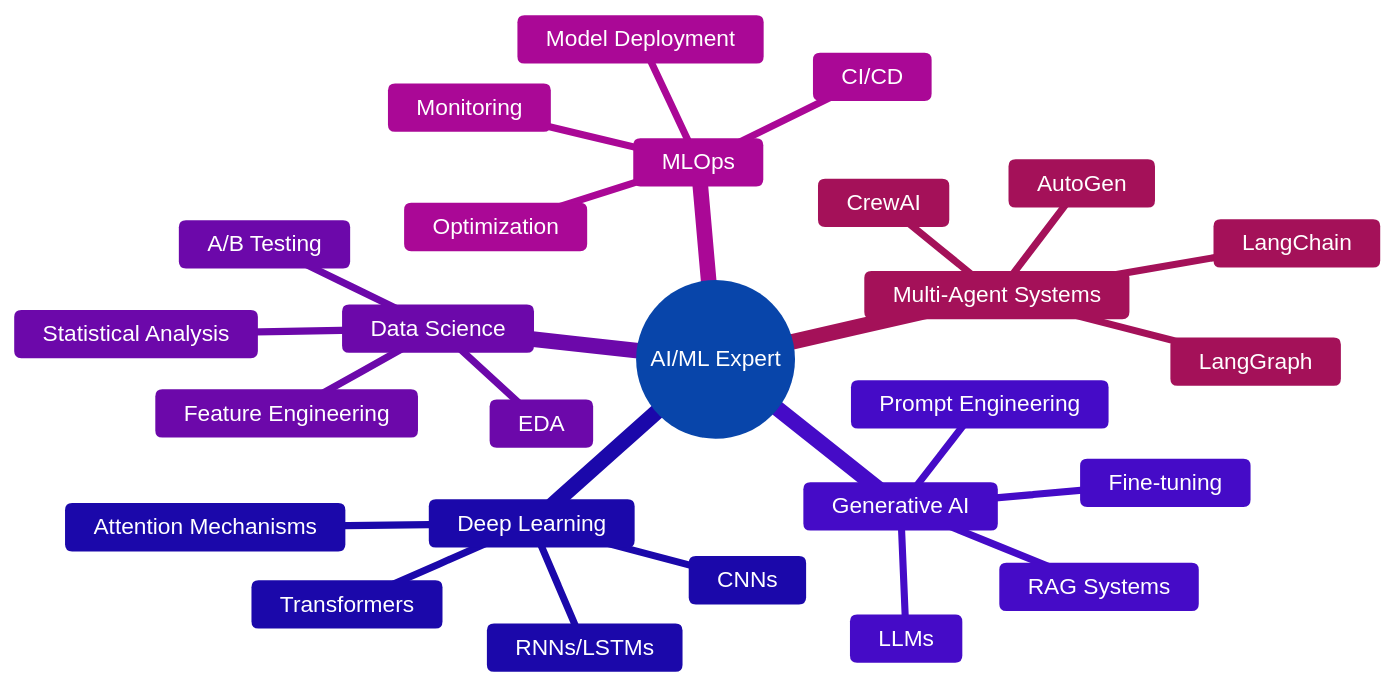
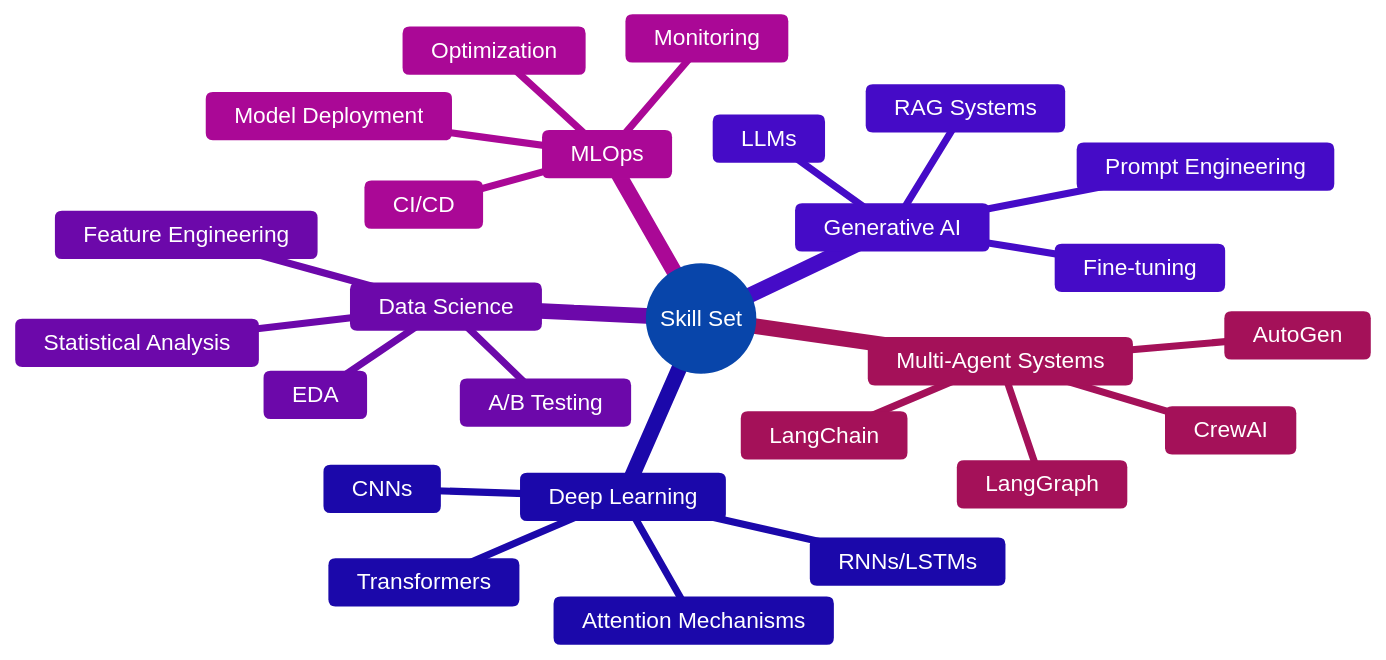
One commit to vipinvsist/vipinvsist changed the diagram in README.md. Above: the diagram before and after it, drawn with Mermaid.

Commit message:
README.md

````diff
--- a/README.md
+++ b/README.md
@@ -139,30 +139,30 @@
 ```mermaid
 %%{init: {'theme':'base', 'themeVariables': { 'primaryColor':'#3b82f6', 'primaryTextColor':'#ffffff', 'primaryBorderColor':'#2563eb', 'lineColor':'#6366f1', 'secondaryColor':'#8b5cf6', 'secondaryTextColor':'#ffffff', 'tertiaryColor':'#ec4899', 'tertiaryTextColor':'#ffffff', 'fontSize':'16px', 'fontFamily':'arial'}}}%%
 mindmap
-  root((AI/ML Expert))
+  root((Skill Set))
     Generative AI
       LLMs
       Prompt Engineering
       Fine-tuning
       RAG Systems
     Multi-Agent Systems
       LangChain
       LangGraph
       CrewAI
       AutoGen
     Deep Learning
       CNNs
       RNNs/LSTMs
       Transformers
       Attention Mechanisms
     Data Science
       EDA
       Feature Engineering
       Statistical Analysis
       A/B Testing
     MLOps
       Model Deployment
       CI/CD
       Monitoring
       Optimization
 ```
````
